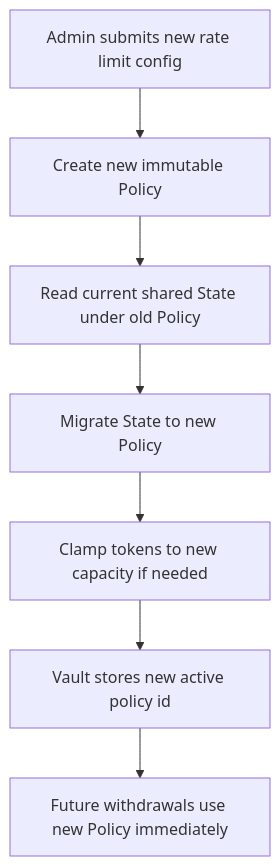
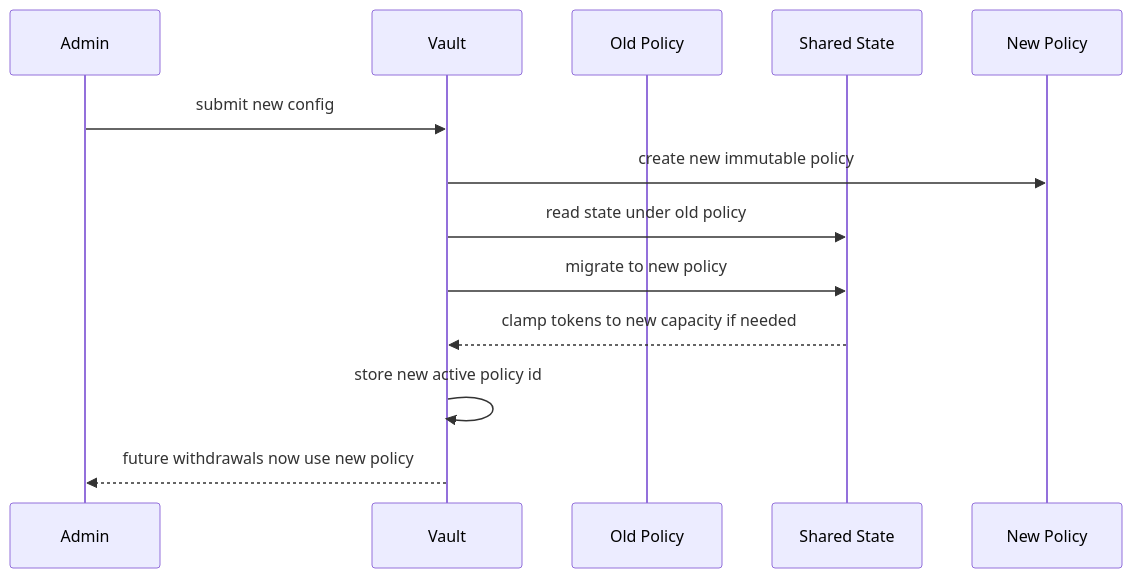
Before and after one commit to 0xNeshi/rate-limiter-proposal: the third of 7 diagrams in token_bucket/README.md, drawn with Mermaid. The commit also changed other lines of this file, not shown here.

Commit message:
update flowcharts

````diff
--- a/token_bucket/README.md
+++ b/token_bucket/README.md
@@ -95,9 +100,16 @@
 ```mermaid
-flowchart TD
-    A[Admin submits new rate limit config] --> B[Create new immutable Policy]
-    B --> C[Read current shared State under old Policy]
-    C --> D[Migrate State to new Policy]
-    D --> E[Clamp tokens to new capacity if needed]
-    E --> F[Vault stores new active policy id]
-    F --> G[Future withdrawals use new Policy immediately]
+sequenceDiagram
+    participant Admin
+    participant Vault
+    participant OldPolicy as Old Policy
+    participant State as Shared State
+    participant NewPolicy as New Policy
+
+    Admin->>Vault: submit new config
+    Vault->>NewPolicy: create new immutable policy
+    Vault->>State: read state under old policy
+    Vault->>State: migrate to new policy
+    State-->>Vault: clamp tokens to new capacity if needed
+    Vault->>Vault: store new active policy id
+    Vault-->>Admin: future withdrawals now use new policy
 ```
````
